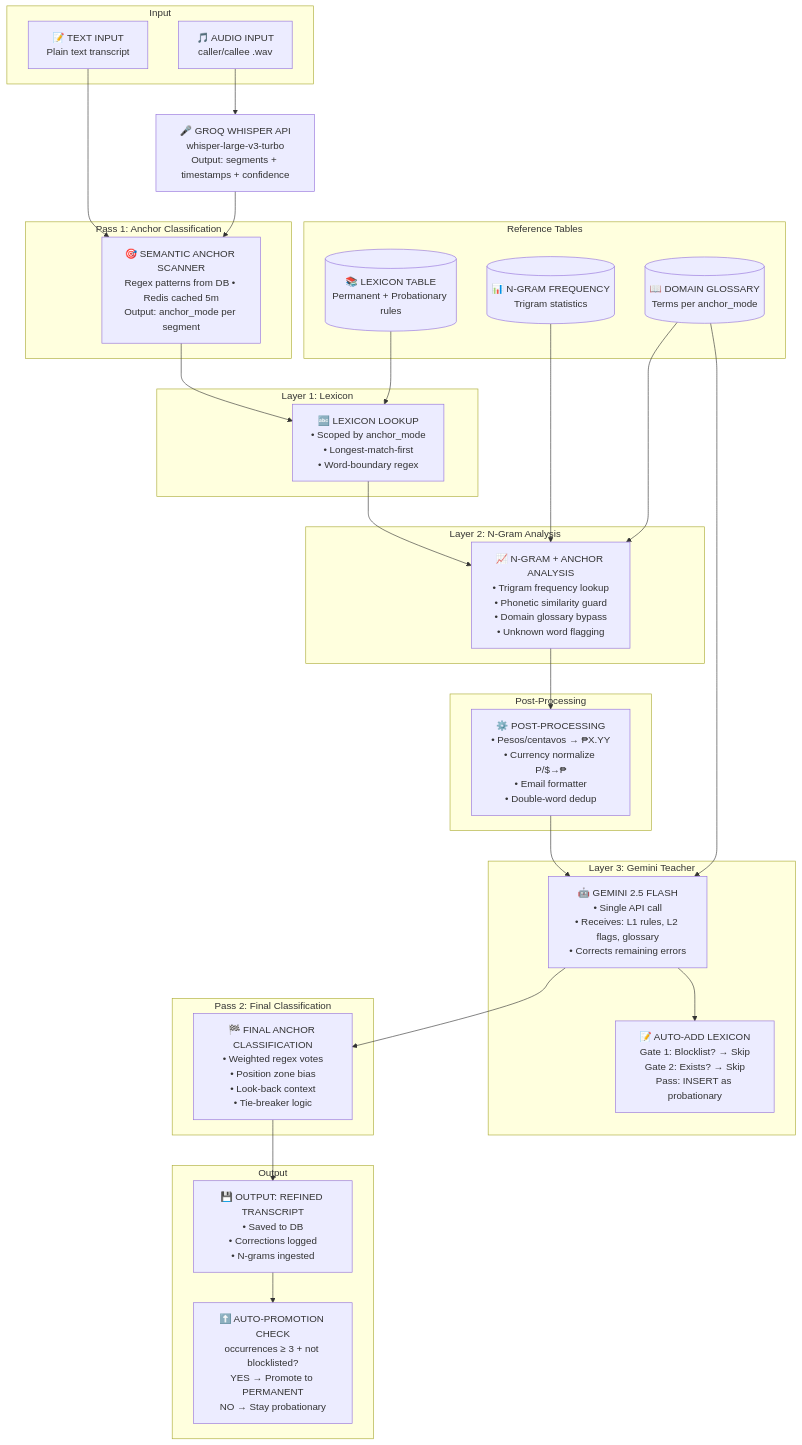
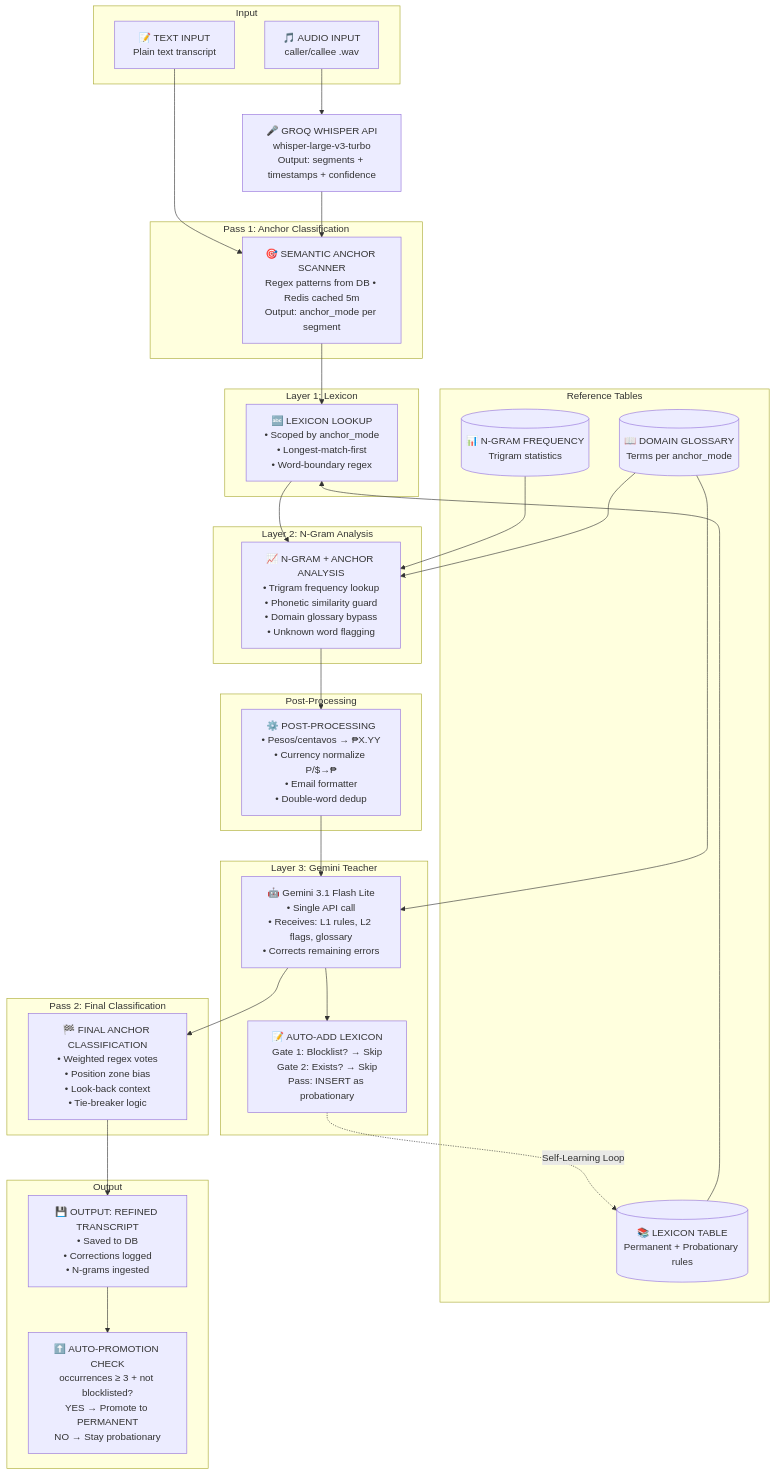
The first of 2 diagrams in SYSTEM_DOCUMENTATION.md (vincentperezzz/Self-Learning-Transcript-Refiner-Project), drawn with Mermaid before and after one commit. The commit also changed other lines of this file, not shown here.

Commit message:
feat: Update Gemini model references to version 3.1 Flash Lite in documentation

````diff
--- a/SYSTEM_DOCUMENTATION.md
+++ b/SYSTEM_DOCUMENTATION.md
@@ -741,63 +741,64 @@
 ```mermaid
 flowchart TD
     subgraph Input
         A[🎵 AUDIO INPUT<br/>caller/callee .wav]
         T[📝 TEXT INPUT<br/>Plain text transcript]
     end
     
     A --> B[🎤 GROQ WHISPER API<br/>whisper-large-v3-turbo<br/>Output: segments + timestamps + confidence]
     T --> P1
     B --> P1
     
     subgraph Pass1[Pass 1: Anchor Classification]
         P1[🎯 SEMANTIC ANCHOR SCANNER<br/>Regex patterns from DB • Redis cached 5m<br/>Output: anchor_mode per segment]
     end
     
     P1 --> L1
     
     subgraph Tables[Reference Tables]
         LEX[(📚 LEXICON TABLE<br/>Permanent + Probationary rules)]
         GLOSS[(📖 DOMAIN GLOSSARY<br/>Terms per anchor_mode)]
         NGRAM[(📊 N-GRAM FREQUENCY<br/>Trigram statistics)]
     end
     
     subgraph L1Layer[Layer 1: Lexicon]
         L1[🔤 LEXICON LOOKUP<br/>• Scoped by anchor_mode<br/>• Longest-match-first<br/>• Word-boundary regex]
     end
     
     LEX --> L1
     L1 --> L2
     
     subgraph L2Layer[Layer 2: N-Gram Analysis]
         L2[📈 N-GRAM + ANCHOR ANALYSIS<br/>• Trigram frequency lookup<br/>• Phonetic similarity guard<br/>• Domain glossary bypass<br/>• Unknown word flagging]
     end
     
     NGRAM --> L2
     GLOSS --> L2
     L2 --> POST
     
     subgraph PostProc[Post-Processing]
         POST[⚙️ POST-PROCESSING<br/>• Pesos/centavos → ₱X.YY<br/>• Currency normalize P/$→₱<br/>• Email formatter<br/>• Double-word dedup]
     end
     
     POST --> L3
     
     subgraph L3Layer[Layer 3: Gemini Teacher]
-        L3[🤖 GEMINI 2.5 FLASH<br/>• Single API call<br/>• Receives: L1 rules, L2 flags, glossary<br/>• Corrects remaining errors]
+        L3[🤖 Gemini 3.1 Flash Lite<br/>• Single API call<br/>• Receives: L1 rules, L2 flags, glossary<br/>• Corrects remaining errors]
         L3 --> LEARN[📝 AUTO-ADD LEXICON<br/>Gate 1: Blocklist? → Skip<br/>Gate 2: Exists? → Skip<br/>Pass: INSERT as probationary]
     end
     
     GLOSS --> L3
+    LEARN -.->|Self-Learning Loop| LEX
     L3 --> FIN
     
     subgraph FinalPass[Pass 2: Final Classification]
         FIN[🏁 FINAL ANCHOR CLASSIFICATION<br/>• Weighted regex votes<br/>• Position zone bias<br/>• Look-back context<br/>• Tie-breaker logic]
     end
     
     FIN --> OUT
     
     subgraph Output
         OUT[💾 OUTPUT: REFINED TRANSCRIPT<br/>• Saved to DB<br/>• Corrections logged<br/>• N-grams ingested]
         OUT --> PROMO[⬆️ AUTO-PROMOTION CHECK<br/>occurrences ≥ 3 + not blocklisted?<br/>YES → Promote to PERMANENT<br/>NO → Stay probationary]
     end
 ```
````
